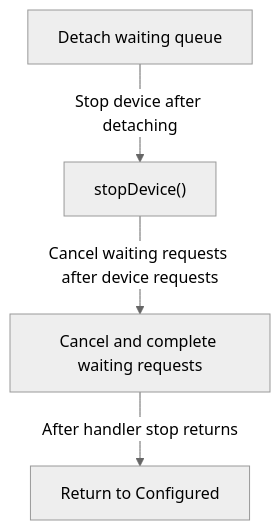
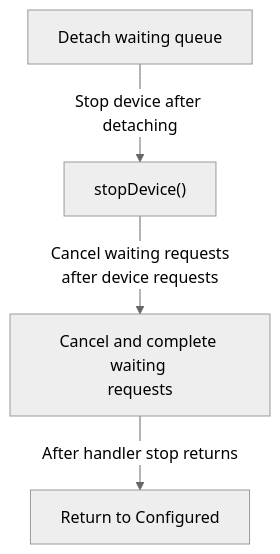
Before and after one commit to TTolsun/libcamera-sdd: the diagram in docs/en/request-lifecycle.stop-order.mmd, drawn with Mermaid (neutral theme). The commit also changed 98 other files, not shown here.

```diff
--- a/docs/en/request-lifecycle.stop-order.mmd
+++ b/docs/en/request-lifecycle.stop-order.mmd
@@ -1,9 +1,9 @@
 flowchart TB
 
   v_detach["Detach waiting queue"]
   v_stop["stopDevice()"]
-  v_cancel["Cancel and complete waiting requests"]
+  v_cancel["Cancel and complete waiting <br/>requests"]
   v_configured["Return to Configured"]
   v_detach -->|"Stop device after detaching"| v_stop
-  v_stop -->|"Cancel waiting requests after device requests"| v_cancel
+  v_stop -->|"Cancel waiting requests <br/>after device requests"| v_cancel
   v_cancel -->|"After handler stop returns"| v_configured
```
